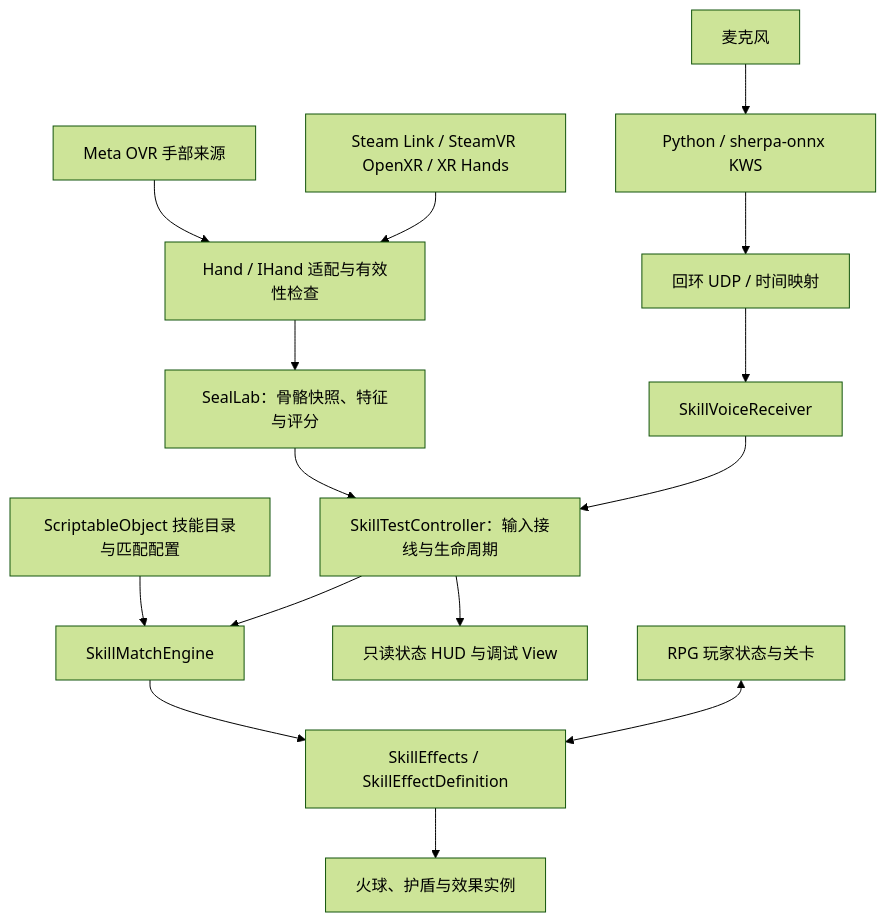
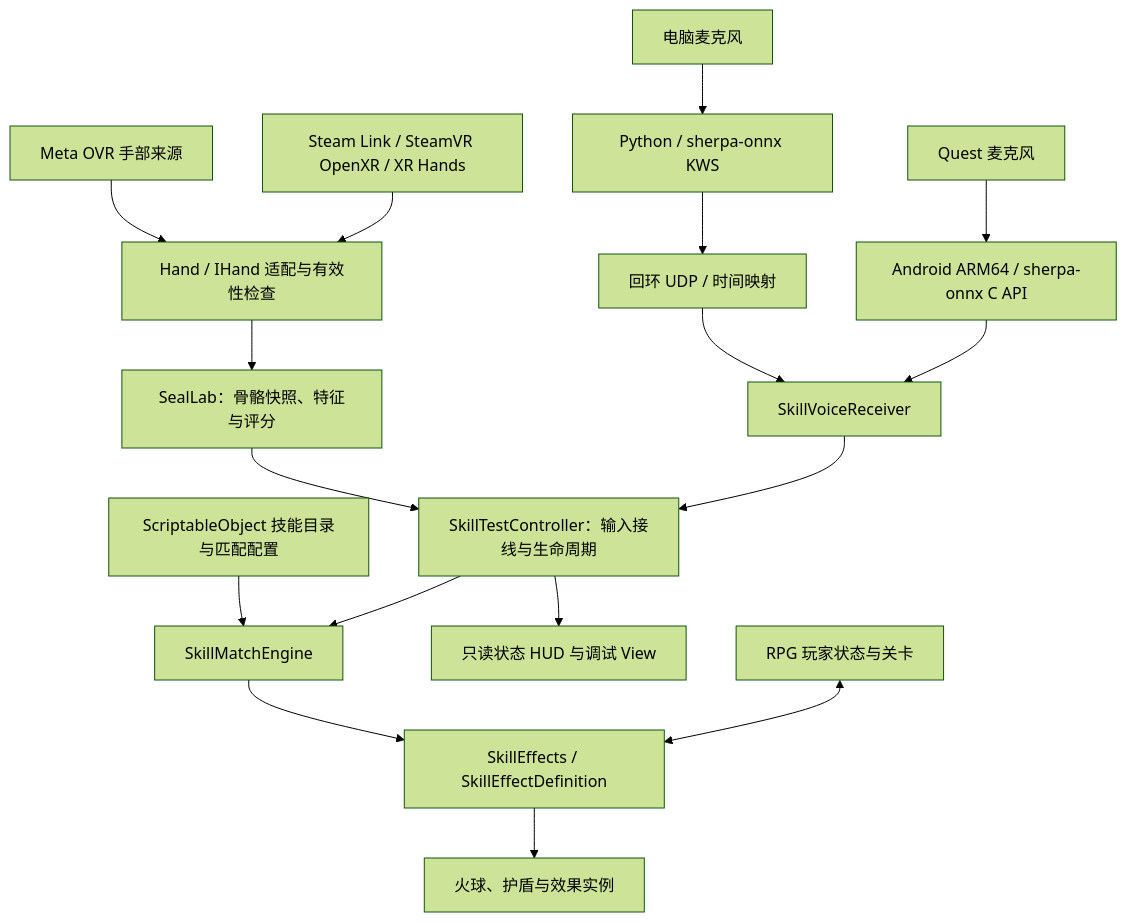
The diagram in README.md (lphahapl/unity-xr-multimodal-spellcasting), drawn with Mermaid (forest theme) before and after one commit. The commit also changed other lines of this file and 18367 other files, not shown here.

````diff
--- a/README.md
+++ b/README.md
@@ -32,17 +33,19 @@
 ```mermaid
 flowchart TD
     OVR[Meta OVR 手部来源] --> H[Hand / IHand 适配与有效性检查]
     XR[Steam Link / SteamVR OpenXR / XR Hands] --> H
     H --> LAB[SealLab：骨骼快照、特征与评分]
     LAB --> CTRL[SkillTestController：输入接线与生命周期]
-    MIC[麦克风] --> KWS[Python / sherpa-onnx KWS]
+    MIC[电脑麦克风] --> KWS[Python / sherpa-onnx KWS]
     KWS --> UDP[回环 UDP / 时间映射]
     UDP --> VOICE[SkillVoiceReceiver]
+    QMIC[Quest 麦克风] --> NATIVE[Android ARM64 / sherpa-onnx C API]
+    NATIVE --> VOICE
     VOICE --> CTRL
     CONFIG[ScriptableObject 技能目录与匹配配置] --> MATCH[SkillMatchEngine]
     CTRL --> MATCH
     MATCH --> EFFECTS[SkillEffects / SkillEffectDefinition]
     EFFECTS --> INSTANCE[火球、护盾与效果实例]
     CTRL --> VIEW[只读状态 HUD 与调试 View]
     RPG[RPG 玩家状态与关卡] <--> EFFECTS
 ```
````
